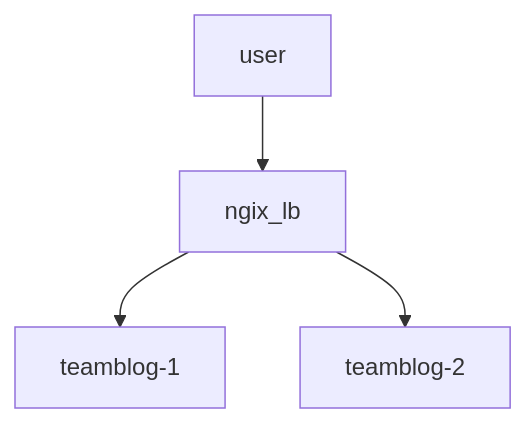
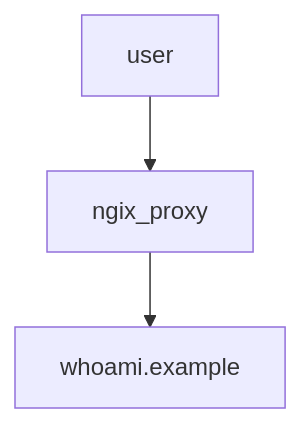
The diagram in README.md (aaingyunii/aaingyunii.github.io), drawn with Mermaid before and after one commit. The commit also changed other lines of this file and 76 other files, not shown here.

````diff
--- a/README.md
+++ b/README.md
@@ -157,6 +3,5 @@
 ```mermaid
 graph TD;
-    user --> ngix_lb;
-    ngix_lb-->teamblog-1;
-    ngix_lb-->teamblog-2;
+    user --> ngix_proxy;
+    ngix_proxy-->whoami.example;
 ```
````
